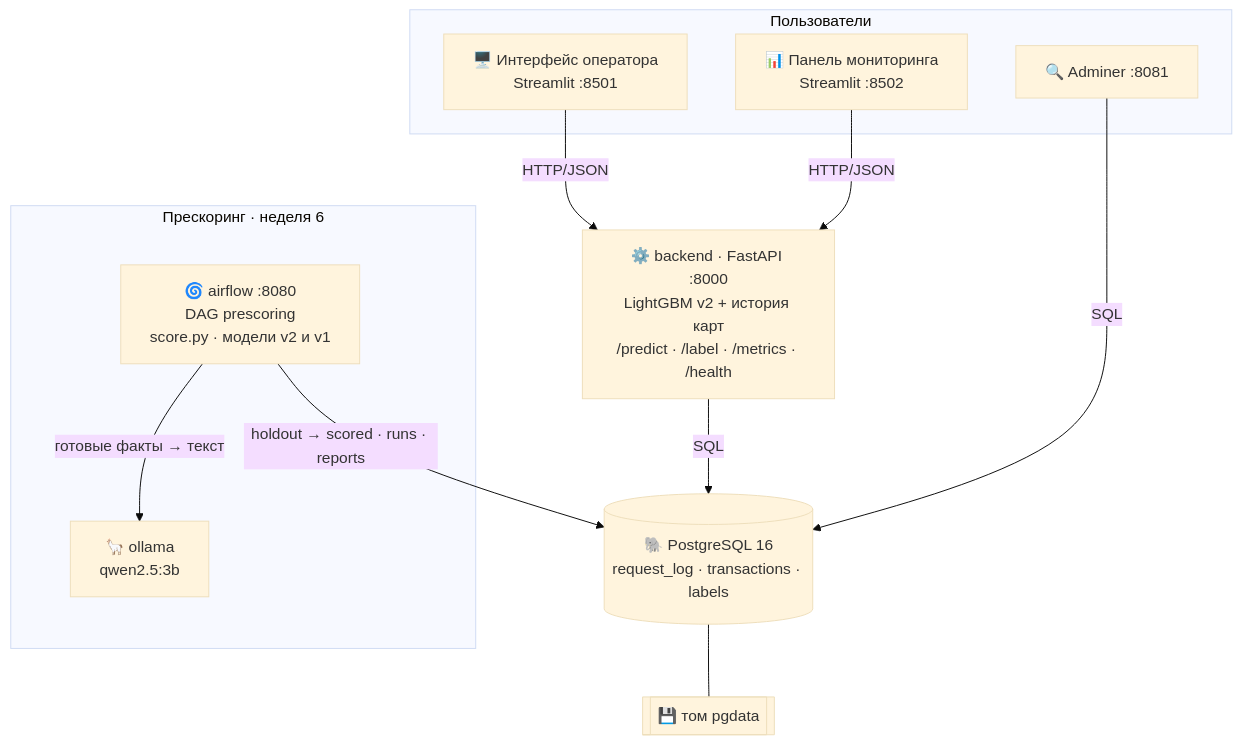
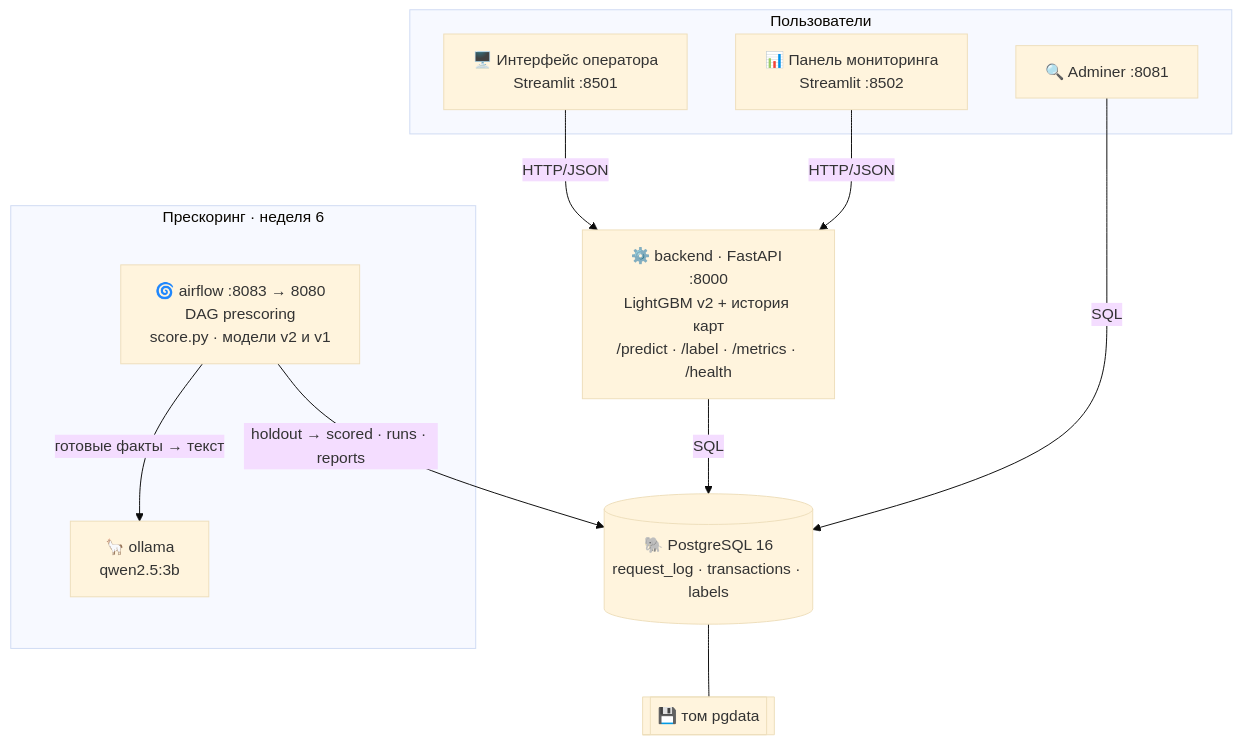
The diagram in README.md (liyaaal/antifraud), drawn with Mermaid (base theme) before and after one commit. The commit also changed other lines of this file and 7 other files, not shown here.

````diff
--- a/README.md
+++ b/README.md
@@ -67,22 +67,22 @@
 ```mermaid
 flowchart TB
   subgraph users["Пользователи"]
     FE["🖥️ Интерфейс оператора<br/>Streamlit :8501"]
     DA["📊 Панель мониторинга<br/>Streamlit :8502"]
     AD["🔍 Adminer :8081"]
   end
   subgraph batch["Прескоринг · неделя 6"]
-    AF["🌀 airflow :8080<br/>DAG prescoring<br/>score.py · модели v2 и v1"]
+    AF["🌀 airflow :8083 → 8080<br/>DAG prescoring<br/>score.py · модели v2 и v1"]
     LLM["🦙 ollama<br/>qwen2.5:3b"]
   end
   BE["⚙️ backend · FastAPI :8000<br/>LightGBM v2 + история карт<br/>/predict · /label · /metrics · /health"]
   DB[("🐘 PostgreSQL 16<br/>request_log · transactions · labels")]
   VOL[["💾 том pgdata"]]
   FE -- HTTP/JSON --> BE
   DA -- HTTP/JSON --> BE
   BE -- SQL --> DB
   AD -- SQL --> DB
   DB --- VOL
   AF -- "holdout → scored · runs · reports" --> DB
   AF -- "готовые факты → текст" --> LLM
 ```
````
